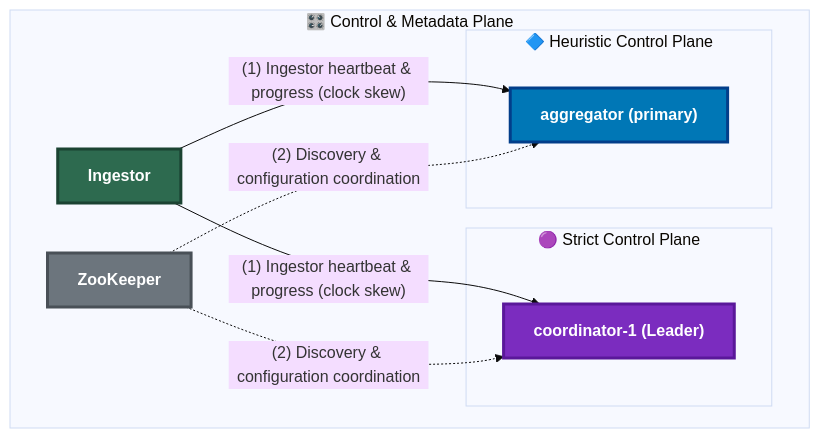
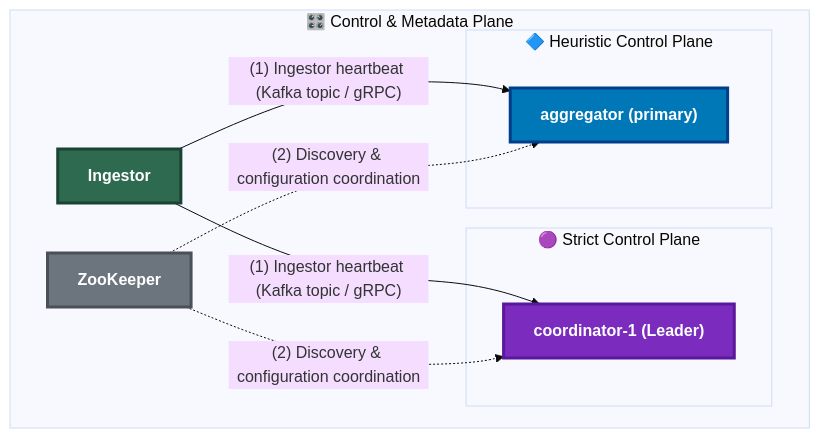
Before and after one commit to ldqanh1408/csdlpt: the fourth of 9 diagrams in docs/Distributed Database Project Proposal Template.docx/project_proposal_summary.md, drawn with Mermaid (base theme). The commit also changed other lines of this file and 74 other files, not shown here.

````diff
--- a/docs/Distributed Database Project Proposal Template.docx/project_proposal_summary.md
+++ b/docs/Distributed Database Project Proposal Template.docx/project_proposal_summary.md
@@ -194,23 +194,23 @@
   ```mermaid
   flowchart TB
       classDef ingest fill:#2d6a4f,stroke:#1b4332,color:#fff,stroke-width:3px,font-size:16px,font-weight:bold
       classDef strict fill:#7b2cbf,stroke:#5a189a,color:#fff,stroke-width:3px,font-size:16px,font-weight:bold
       classDef heur fill:#0077b6,stroke:#023e8a,color:#fff,stroke-width:3px,font-size:16px,font-weight:bold
       classDef zk fill:#6c757d,stroke:#495057,color:#fff,stroke-width:3px,font-size:16px,font-weight:bold
 
       subgraph controlGroup["🎛️ Control & Metadata Plane"]
           ING["Ingestor"]:::ingest
           ZK["ZooKeeper"]:::zk
           
           subgraph strictcp["🟣 Strict Control Plane"]
               C1["coordinator-1 (Leader)"]:::strict
           end
 
           subgraph heurcp["🔷 Heuristic Control Plane"]
               AGG["aggregator (primary)"]:::heur
           end
       end
 
-      ING -->|"(1) Ingestor heartbeat & progress (clock skew)"| C1 & AGG
+      ING -->|"(1) Ingestor heartbeat (Kafka topic / gRPC)"| C1 & AGG
       ZK -.->|"(2) Discovery & configuration coordination"| C1 & AGG
   ```
````
